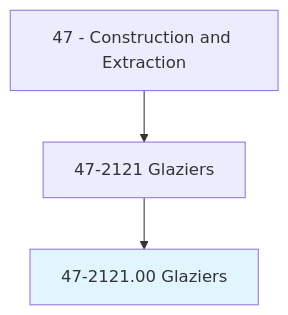
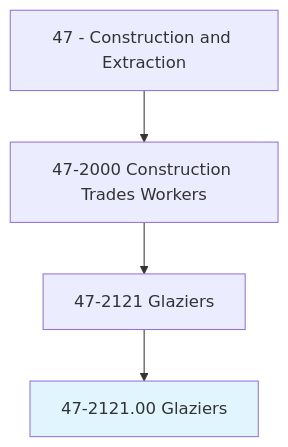
One commit to kziemski/business.org.ai changed the first of 4 diagrams in occupations/Construction/Glaziers.mdx. Above: the diagram before and after it, drawn with Mermaid. The commit also changed other lines of this file and 938 other files, not shown here.

````diff
--- a/occupations/Construction/Glaziers.mdx
+++ b/occupations/Construction/Glaziers.mdx
@@ -19,6 +23,7 @@
 ```mermaid
 graph TD
-    Cat47["47 - Construction and Extraction"] --> Group472121["47-2121 Glaziers"]
-    Group472121 --> Current["47-2121.00 Glaziers"]
+    Cat47["47 - Construction and Extraction"] --> Group472["47-2000 Construction Trades Workers"]
+    Group472 --> Group4721["47-2121 Glaziers"]
+    Group4721 --> Current["47-2121.00 Glaziers"]
     style Current fill:#e1f5fe
 ```
````
